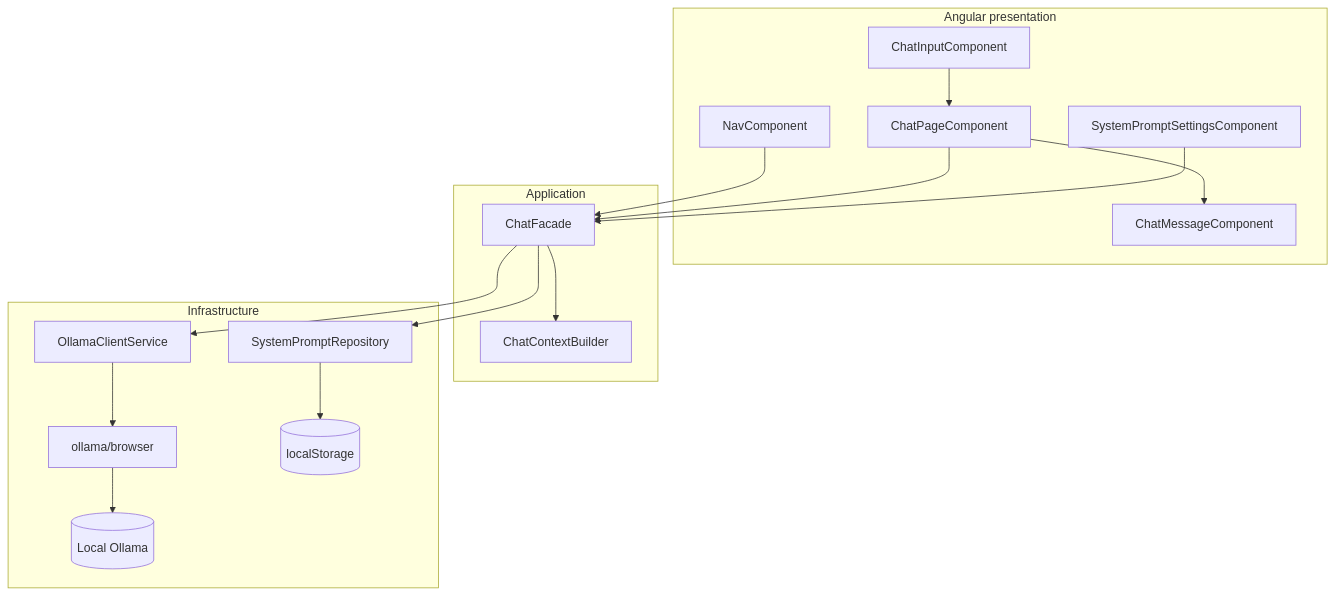
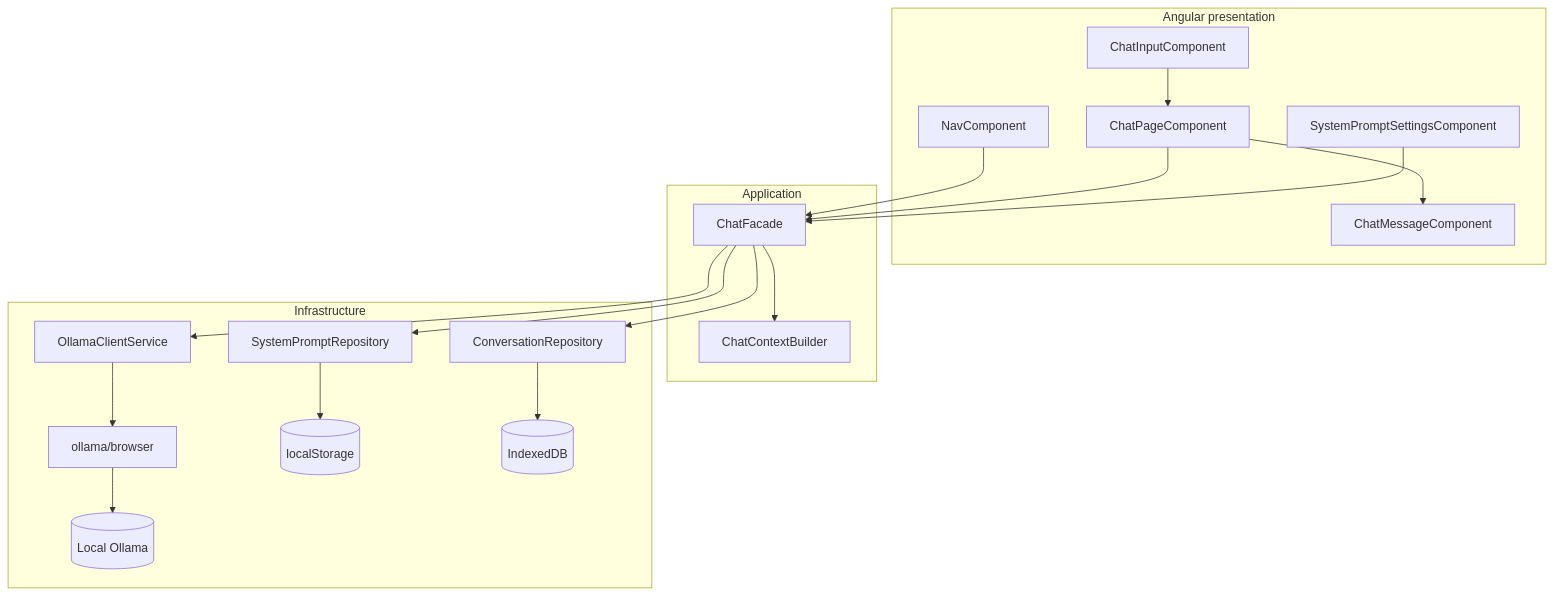
One commit to kereszteszsolt/local-nook-ai changed the first of 2 diagrams in docs/architecture.md. Above: the diagram before and after it, drawn with Mermaid. The commit also changed other lines of this file and 16 other files, not shown here.

````diff
--- a/docs/architecture.md
+++ b/docs/architecture.md
@@ -16,34 +16,37 @@
 ```mermaid
 flowchart TB
     subgraph UI[Angular presentation]
       NAV[NavComponent]
       PAGE[ChatPageComponent]
       INPUT[ChatInputComponent]
       MESSAGE[ChatMessageComponent]
       PROMPTS[SystemPromptSettingsComponent]
     end
 
     subgraph APP[Application]
       FACADE[ChatFacade]
       CONTEXT[ChatContextBuilder]
     end
 
     subgraph INFRA[Infrastructure]
       OCLIENT[OllamaClientService]
       PREPO[SystemPromptRepository]
+      CREPO[ConversationRepository]
       SDK[ollama/browser]
       LS[(localStorage)]
+      IDB[(IndexedDB)]
       OLLAMA[(Local Ollama)]
     end
 
     NAV --> FACADE
     PAGE --> FACADE
     INPUT --> PAGE
     PAGE --> MESSAGE
     PROMPTS --> FACADE
     FACADE --> CONTEXT
     FACADE --> OCLIENT
     FACADE --> PREPO
+    FACADE --> CREPO --> IDB
     OCLIENT --> SDK --> OLLAMA
     PREPO --> LS
 ```
````
